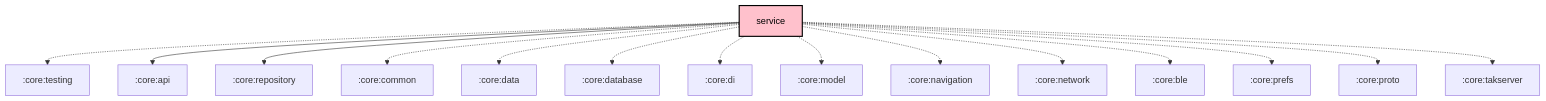
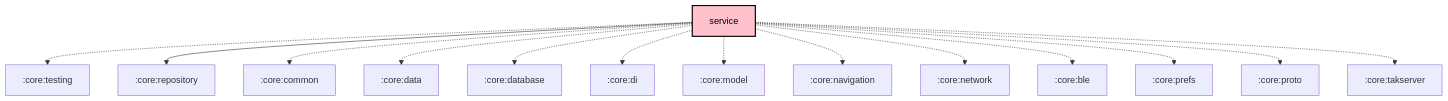
The diagram in core/service/README.md (meshtastic/Meshtastic-Android), drawn with Mermaid before and after one commit. The commit also changed other lines of this file and 178 other files, not shown here.

First line of the commit message:
refactor: remove AIDL API and modernize radio architecture

````diff
--- a/core/service/README.md
+++ b/core/service/README.md
@@ -27,32 +27,31 @@
 ```mermaid
 graph TB
   :core:service[service]:::kmp-library
   :core:service -.-> :core:testing
-  :core:service --> :core:api
   :core:service --> :core:repository
   :core:service -.-> :core:common
   :core:service -.-> :core:data
   :core:service -.-> :core:database
   :core:service -.-> :core:di
   :core:service -.-> :core:model
   :core:service -.-> :core:navigation
   :core:service -.-> :core:network
   :core:service -.-> :core:ble
   :core:service -.-> :core:prefs
   :core:service -.-> :core:proto
   :core:service -.-> :core:takserver
 
 classDef android-application fill:#CAFFBF,stroke:#000,stroke-width:2px,color:#000;
 classDef android-application-compose fill:#CAFFBF,stroke:#000,stroke-width:2px,color:#000;
 classDef compose-desktop-application fill:#CAFFBF,stroke:#000,stroke-width:2px,color:#000;
 classDef android-feature fill:#FFD6A5,stroke:#000,stroke-width:2px,color:#000;
 classDef android-library fill:#9BF6FF,stroke:#000,stroke-width:2px,color:#000;
 classDef android-library-compose fill:#9BF6FF,stroke:#000,stroke-width:2px,color:#000;
 classDef android-test fill:#A0C4FF,stroke:#000,stroke-width:2px,color:#000;
 classDef jvm-library fill:#BDB2FF,stroke:#000,stroke-width:2px,color:#000;
 classDef kmp-feature fill:#FFD6A5,stroke:#000,stroke-width:2px,color:#000;
 classDef kmp-library-compose fill:#FFC1CC,stroke:#000,stroke-width:2px,color:#000;
 classDef kmp-library fill:#FFC1CC,stroke:#000,stroke-width:2px,color:#000;
 classDef unknown fill:#FFADAD,stroke:#000,stroke-width:2px,color:#000;
 
 ```
````
